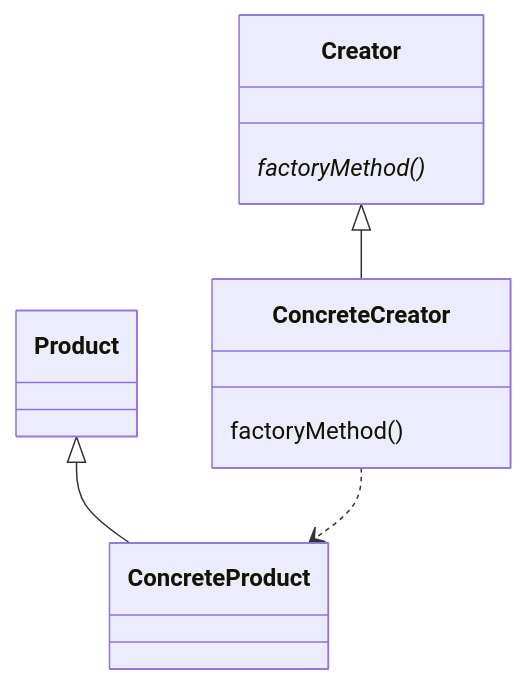
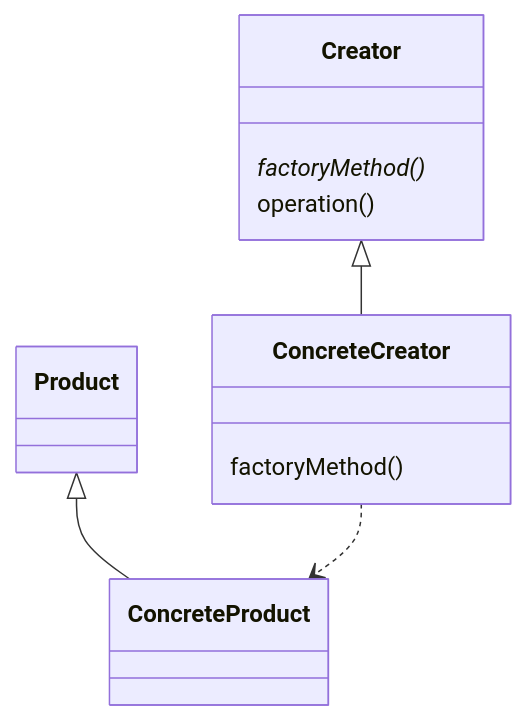
The first of 5 diagrams in Design pattern/README.md (t-mochizuki/cpp-study), drawn with Mermaid before and after one commit.

Commit message:
Add a operation() member

````diff
--- a/Design pattern/README.md
+++ b/Design pattern/README.md
@@ -10,15 +10,16 @@
 ```mermaid
 classDiagram
 
 class Creator {
   factoryMethod()*
+  operation()
 }
 
 class ConcreteCreator {
   factoryMethod()
 }
 
 Creator <|-- ConcreteCreator
 Product <|-- ConcreteProduct
 ConcreteCreator ..> ConcreteProduct
 ```
````
